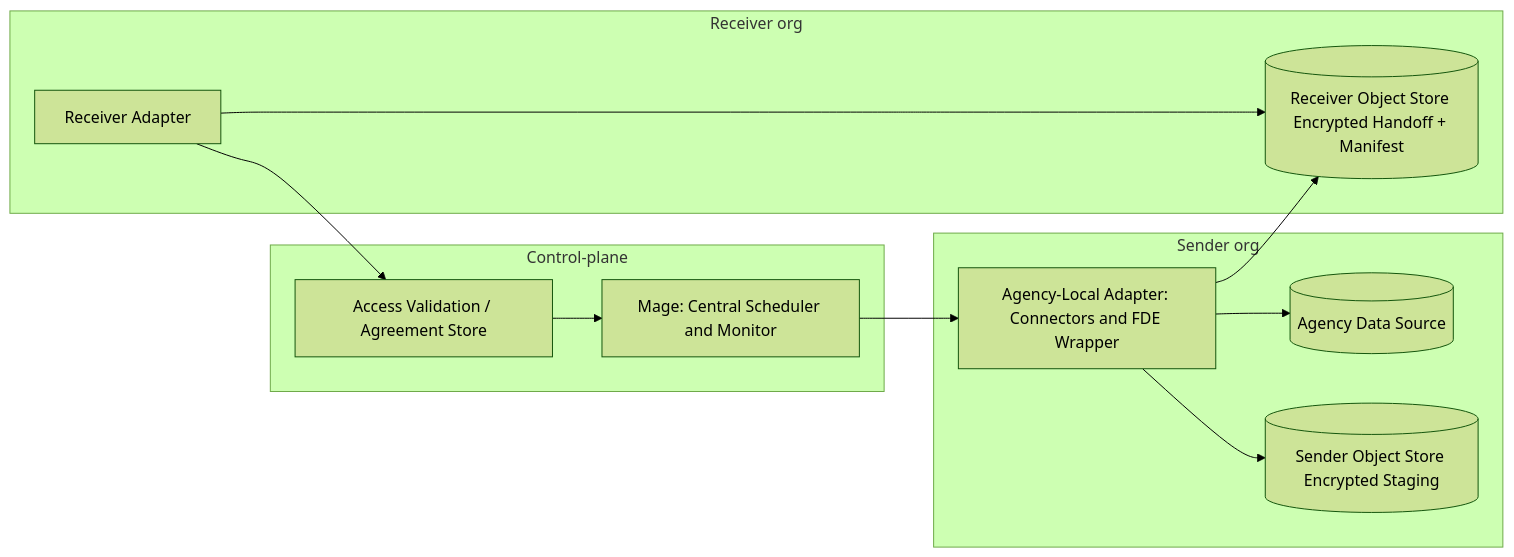
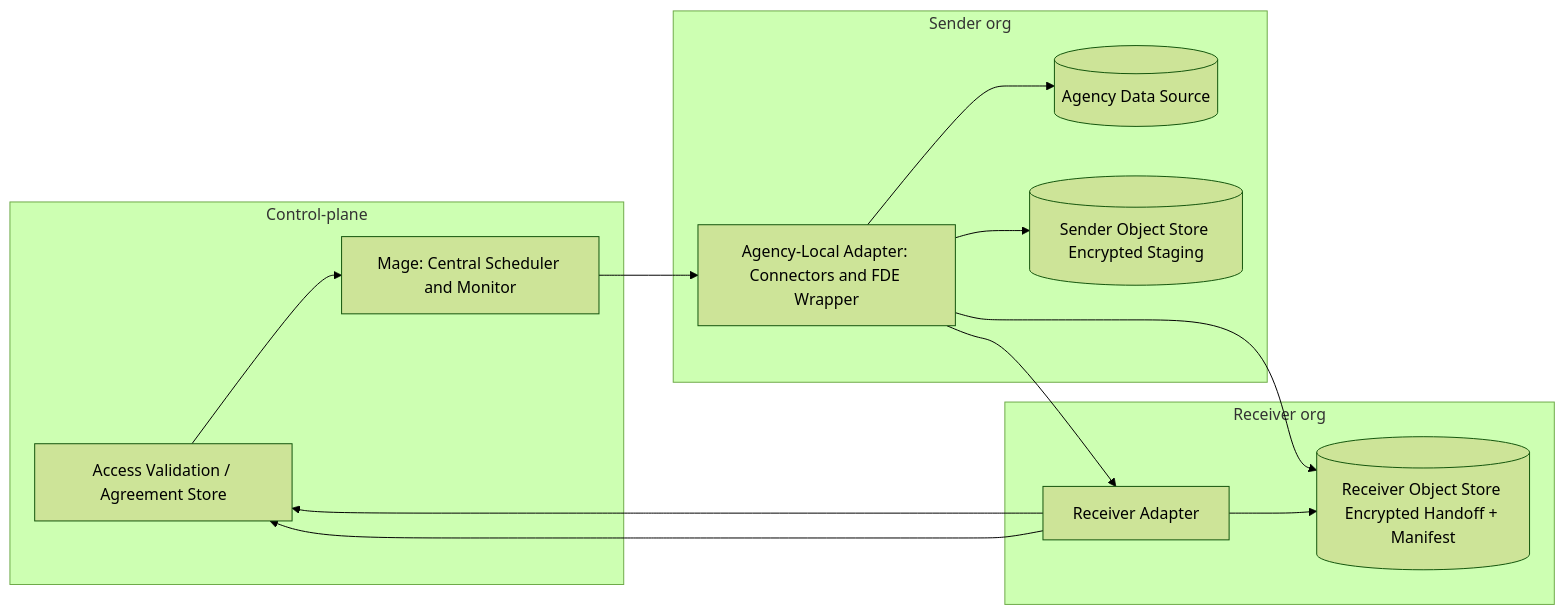
Before and after one commit to GSA-TTS/TTSE-Redwood: the sixth of 8 diagrams in docs/adr/0001-fde-architecture-diagrams.md, drawn with Mermaid (forest theme). The commit also changed other lines of this file and 1 other file, not shown here.

````diff
--- a/docs/adr/0001-fde-architecture-diagrams.md
+++ b/docs/adr/0001-fde-architecture-diagrams.md
@@ -176,26 +187,28 @@
 ```mermaid
 flowchart LR
   subgraph ControlPlane[Control-plane]
     AV[Access Validation / Agreement Store]
     M["Mage: Central Scheduler and Monitor"]
   end
 
   subgraph SenderOrg[Sender org]
     A["Agency-Local Adapter: Connectors and FDE Wrapper"]
     SRC[(Agency Data Source)]
     SOS[(Sender Object Store Encrypted Staging)]
   end
 
   subgraph ReceiverOrg[Receiver org]
     R[Receiver Adapter]
     ROS[(Receiver Object Store Encrypted Handoff + Manifest)]
   end
 
   R --> AV
   AV --> M
   M --> A
   A --> SRC
   A --> SOS
+  A --> R
+  R --> AV
   A --> ROS
   R --> ROS
 ```
````
